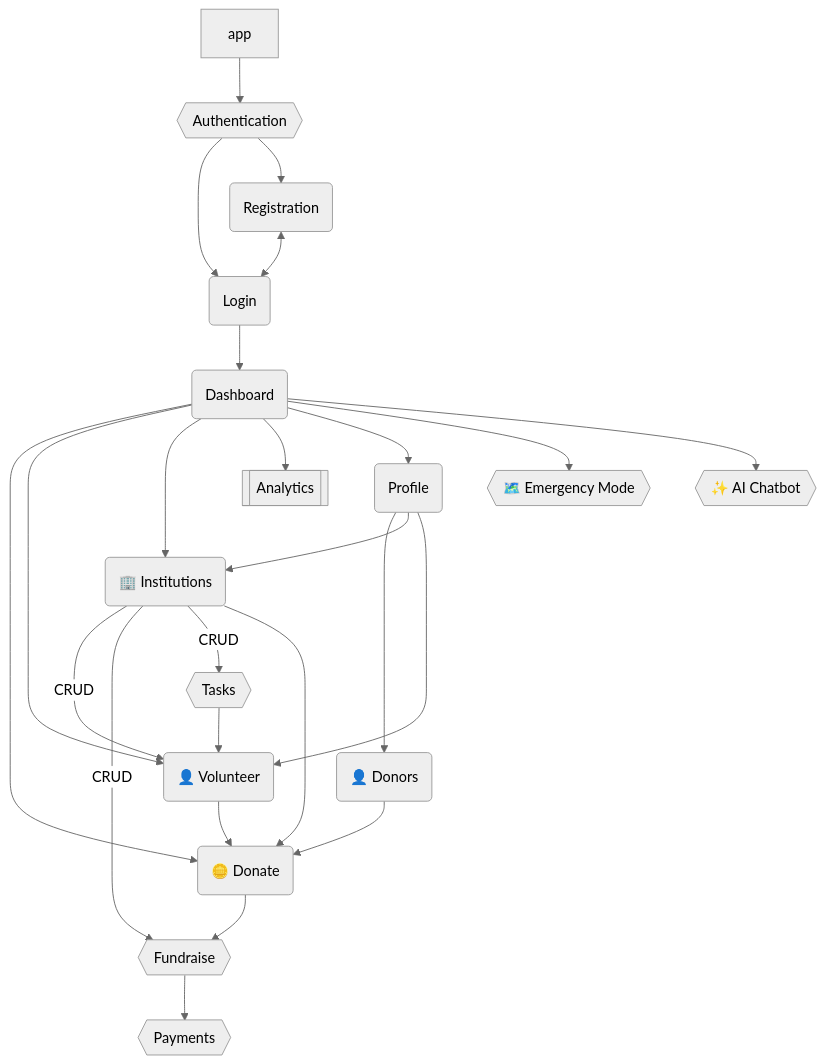
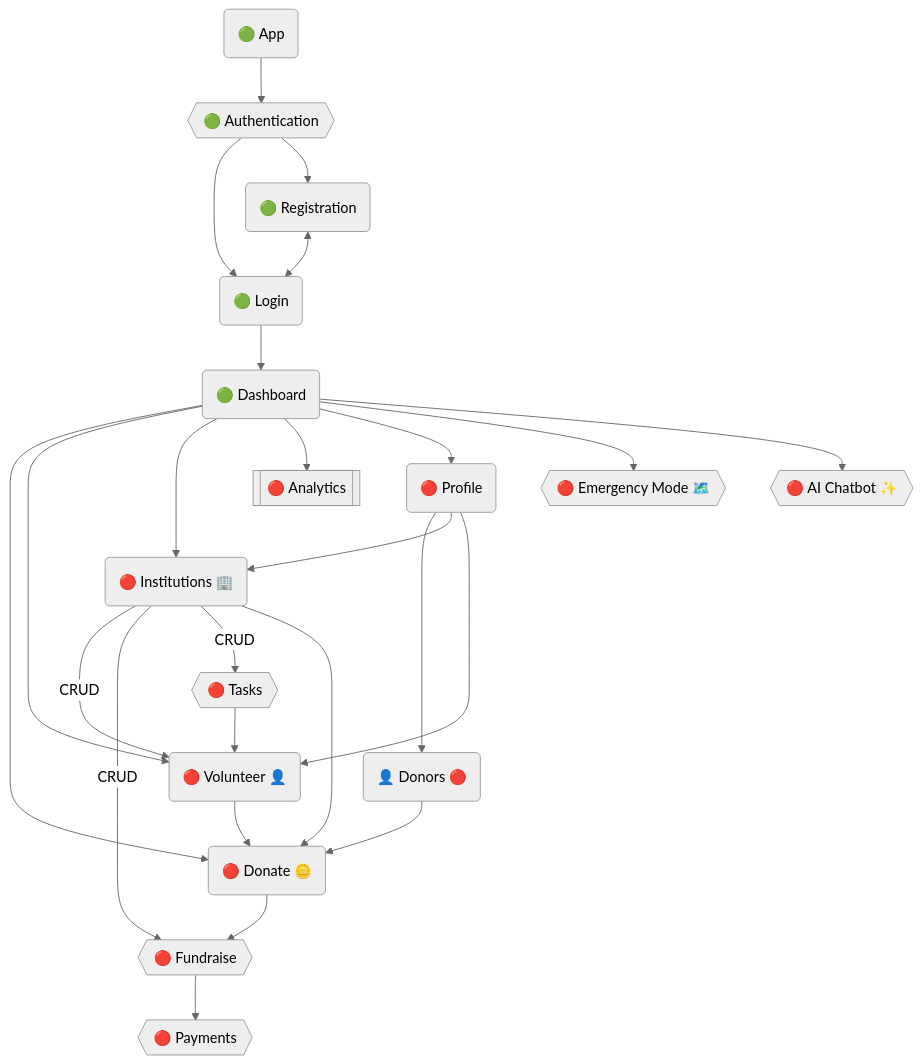
Before and after one commit to CharitySphere/CharitySphere: the diagram in docs/development.md, drawn with Mermaid (neutral theme). The commit also changed other lines of this file, not shown here.

Commit message:
docs: update development docs

````diff
--- a/docs/development.md
+++ b/docs/development.md
@@ -20,22 +20,22 @@
 ```mermaid
 flowchart TD
-    app --> mod_auth{{Authentication}}
-    mod_auth --> logi(Login) & regi(Registration)
-    regi <--> logi --> dash(Dashboard)
+    app(🟢 App) --> mod_auth{{🟢 Authentication}}
+    mod_auth --> logi(🟢 Login) & regi(🟢 Registration)
+    regi <--> logi --> dash(🟢 Dashboard)
 
-    dash --> dona(🪙 Donate)
-    dash --> voln(👤 Volunteer)
-    dash --> inst(🏢 Institutions)
-    dash --> anal[[Analytics]]
-    dash --> prof(Profile)
-    dash --> mod_emerg{{🗺️ Emergency Mode}}
-    dash --> mod_ai{{✨ AI Chatbot}}
+    dash --> dona(🔴 Donate 🪙)
+    dash --> voln(🔴 Volunteer 👤)
+    dash --> inst(🔴 Institutions 🏢)
+    dash --> anal[[🔴 Analytics]]
+    dash --> prof(🔴 Profile)
+    dash --> mod_emerg{{🔴 Emergency Mode 🗺️}}
+    dash --> mod_ai{{🔴 AI Chatbot ✨}}
 
-    prof --> dono(👤 Donors) & inst & voln
+    prof --> dono(👤 Donors 🔴) & inst & voln
 
     inst --CRUD--> voln
-    inst --CRUD--> mod_fund{{Fundraise}}
-    inst --CRUD--> mod_task{{Tasks}} --> voln
+    inst --CRUD--> mod_fund{{🔴 Fundraise}}
+    inst --CRUD--> mod_task{{🔴 Tasks}} --> voln
     dono & inst & voln --> dona --> mod_fund
-    mod_fund --> mod_pay{{Payments}}
+    mod_fund --> mod_pay{{🔴 Payments}}
 ```
````
